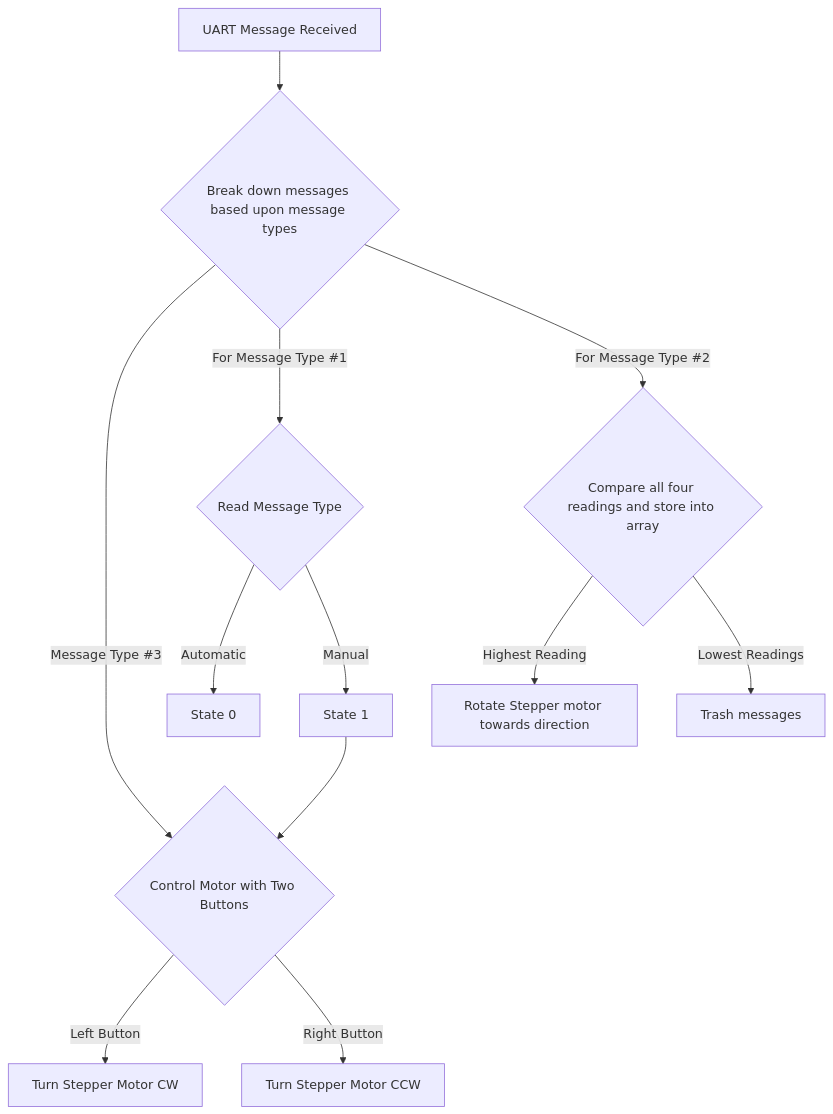
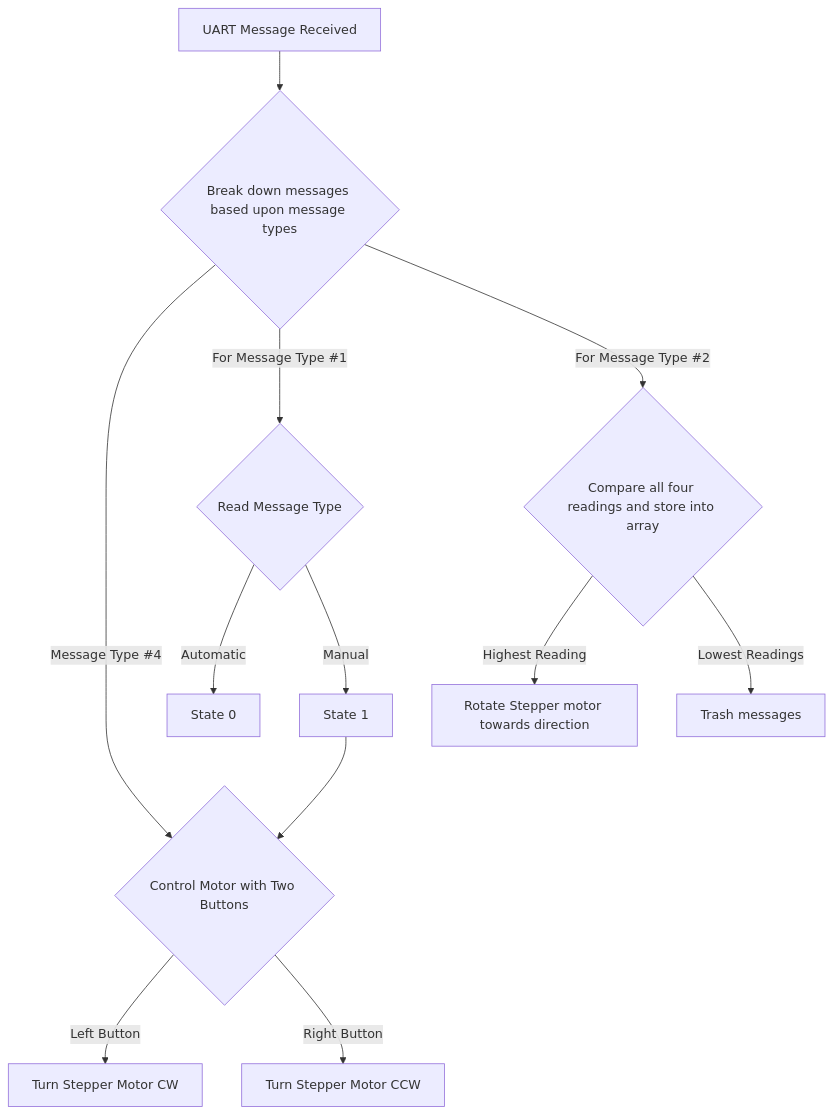
Before and after one commit to shonha/EGR314SSH.github.io: the diagram in docs/API.md, drawn with Mermaid.

````diff
--- a/docs/API.md
+++ b/docs/API.md
@@ -57,12 +57,12 @@
 ```mermaid
 flowchart TD
     A[UART Message Received] --> B{Break down messages based upon message types}
-    B --> |Message Type #3|K
+    B --> |Message Type #4|K
     B --> |For Message Type #1| D{Read Message Type} -->|Automatic| G[State 0] 
     D -->|Manual| J[State 1]
     B -->|For Message Type #2| E{Compare all four readings and store into array} -->|Highest Reading| H[Rotate Stepper motor towards direction]
     E-->|Lowest Readings|L[Trash messages]
     J -->  K{Control Motor with Two Buttons}
     K --> |Left Button| C[Turn Stepper Motor CW]
     K --> |Right Button| M[Turn Stepper Motor CCW]
 ```
````
